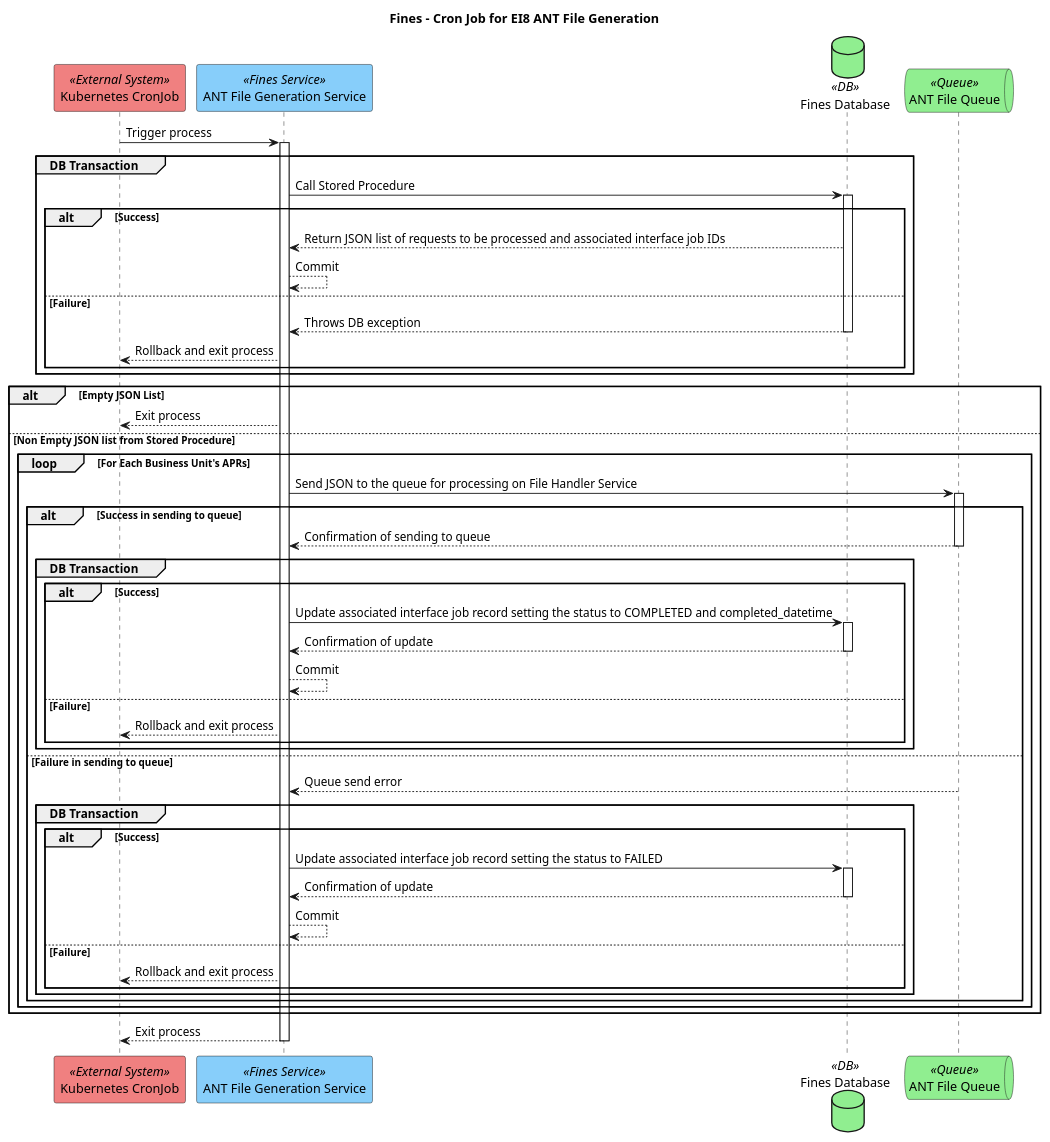
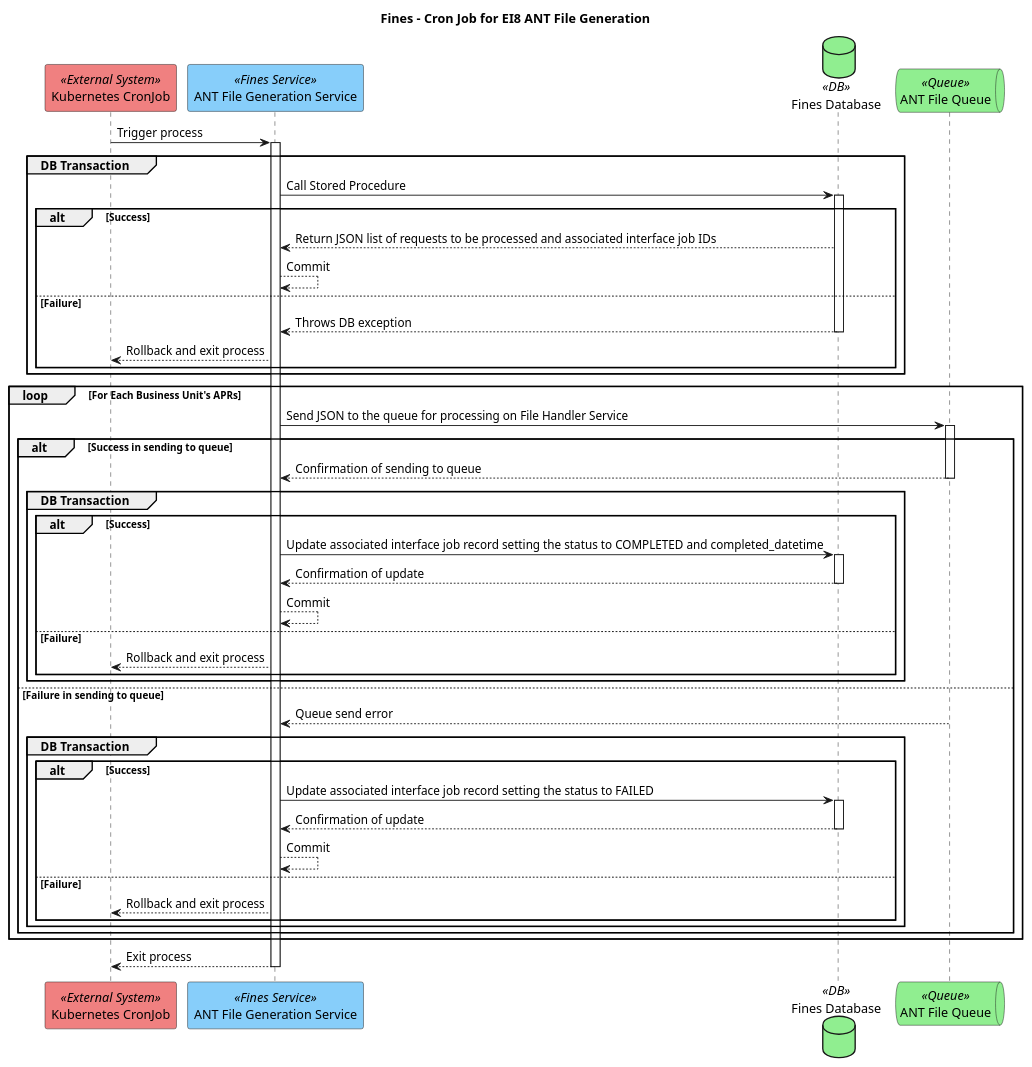
The diagram in plantUML/defendant-account/ei8-cron-job.puml (hmcts/opal-docs), drawn with PlantUML before and after one commit.

Commit message:
Remove empty case and replace with for-each nesting.

```diff
--- a/plantUML/defendant-account/ei8-cron-job.puml
+++ b/plantUML/defendant-account/ei8-cron-job.puml
@@ -1,50 +1,46 @@
 @startuml
 title "Fines - Cron Job for EI8 ANT File Generation"
 participant "Kubernetes CronJob" as cronjob <<External System>> #LightCoral
 participant "ANT File Generation Service" as antFileGenerationService <<Fines Service>> #LightSkyBlue
 database "Fines Database" as finesDb <<DB>> #LightGreen
 queue "ANT File Queue" as antFileQueue <<Queue>> #lightgreen
 
 cronjob -> antFileGenerationService ++ : Trigger process
 group DB Transaction
     antFileGenerationService -> finesDb ++ : Call Stored Procedure
     alt Success
         finesDb --> antFileGenerationService : Return JSON list of requests to be processed and associated interface job IDs
         antFileGenerationService --> antFileGenerationService : Commit
     else Failure
         finesDb --> antFileGenerationService -- : Throws DB exception
         antFileGenerationService --> cronjob : Rollback and exit process
     end
 end
-alt Empty JSON List
-    antFileGenerationService --> cronjob : Exit process
-else Non Empty JSON list from Stored Procedure
-    loop For Each Business Unit's APRs
-        antFileGenerationService -> antFileQueue ++ : Send JSON to the queue for processing on File Handler Service
-        alt Success in sending to queue
-            antFileQueue --> antFileGenerationService -- : Confirmation of sending to queue
-            group DB Transaction
-                alt Success
-                    antFileGenerationService -> finesDb ++ : Update associated interface job record setting the status to COMPLETED and completed_datetime
-                    finesDb --> antFileGenerationService -- : Confirmation of update
-                    antFileGenerationService --> antFileGenerationService : Commit
-                else Failure
-                    antFileGenerationService --> cronjob : Rollback and exit process
-                end
+loop For Each Business Unit's APRs
+    antFileGenerationService -> antFileQueue ++ : Send JSON to the queue for processing on File Handler Service
+    alt Success in sending to queue
+        antFileQueue --> antFileGenerationService -- : Confirmation of sending to queue
+        group DB Transaction
+            alt Success
+                antFileGenerationService -> finesDb ++ : Update associated interface job record setting the status to COMPLETED and completed_datetime
+                finesDb --> antFileGenerationService -- : Confirmation of update
+                antFileGenerationService --> antFileGenerationService : Commit
+            else Failure
+                antFileGenerationService --> cronjob : Rollback and exit process
             end
-        else Failure in sending to queue
-            antFileQueue --> antFileGenerationService : Queue send error
-            group DB Transaction
-                alt Success
-                    antFileGenerationService -> finesDb ++ : Update associated interface job record setting the status to FAILED
-                    finesDb --> antFileGenerationService -- : Confirmation of update
-                    antFileGenerationService --> antFileGenerationService : Commit
-                else Failure
-                    antFileGenerationService --> cronjob : Rollback and exit process
-                end
+        end
+    else Failure in sending to queue
+        antFileQueue --> antFileGenerationService : Queue send error
+        group DB Transaction
+            alt Success
+                antFileGenerationService -> finesDb ++ : Update associated interface job record setting the status to FAILED
+                finesDb --> antFileGenerationService -- : Confirmation of update
+                antFileGenerationService --> antFileGenerationService : Commit
+            else Failure
+                antFileGenerationService --> cronjob : Rollback and exit process
             end
         end
     end
 end
 antFileGenerationService --> cronjob -- : Exit process
 @enduml
```
